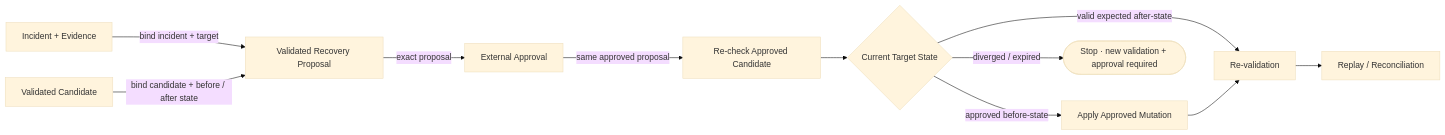
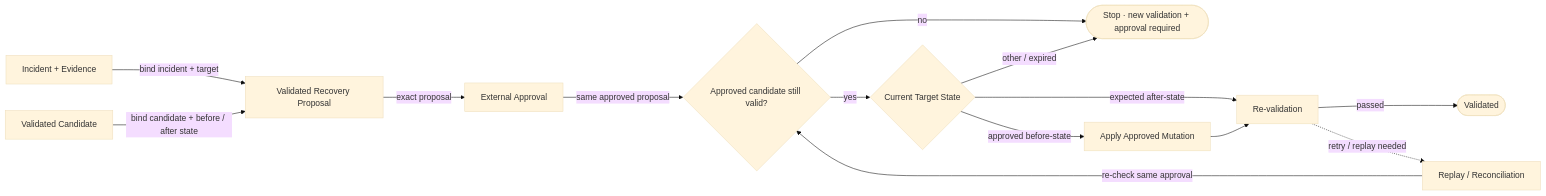
One commit to mols3131d/hmda-data-reliability changed the second of 2 diagrams in docs/domains/reliability.md. Above: the diagram before and after it, drawn with Mermaid (base theme). The commit also changed other lines of this file, not shown here.

Commit message:
docs: refine reliability lifecycle and recovery Mermaid

````diff
--- a/docs/domains/reliability.md
+++ b/docs/domains/reliability.md
@@ -41,14 +42,19 @@
 ```mermaid
 flowchart LR
     incident["Incident + Evidence"] -->|bind incident + target| proposal["Validated Recovery Proposal"]
     candidate["Validated Candidate"] -->|bind candidate + before / after state| proposal
     proposal -->|exact proposal| approval["External Approval"]
-    approval -->|same approved proposal| recheck["Re-check Approved Candidate"]
-    recheck --> gate{"Current Target State"}
+    approval -->|same approved proposal| recheck{"Approved candidate still valid?"}
+
+    recheck -->|no| stop(["Stop · new validation + approval required"])
+    recheck -->|yes| gate{"Current Target State"}
 
     gate -->|approved before-state| recovery["Apply Approved Mutation"]
-    gate -->|valid expected after-state| verify["Re-validation"]
-    gate -->|diverged / expired| stop(["Stop · new validation + approval required"])
+    gate -->|expected after-state| verify["Re-validation"]
+    gate -->|other / expired| stop
 
-    recovery --> verify --> replay["Replay / Reconciliation"]
+    recovery --> verify
+    verify -->|passed| done(["Validated"])
+    verify -.->|retry / replay needed| replay["Replay / Reconciliation"]
+    replay -->|re-check same approval| recheck
 ```
````
